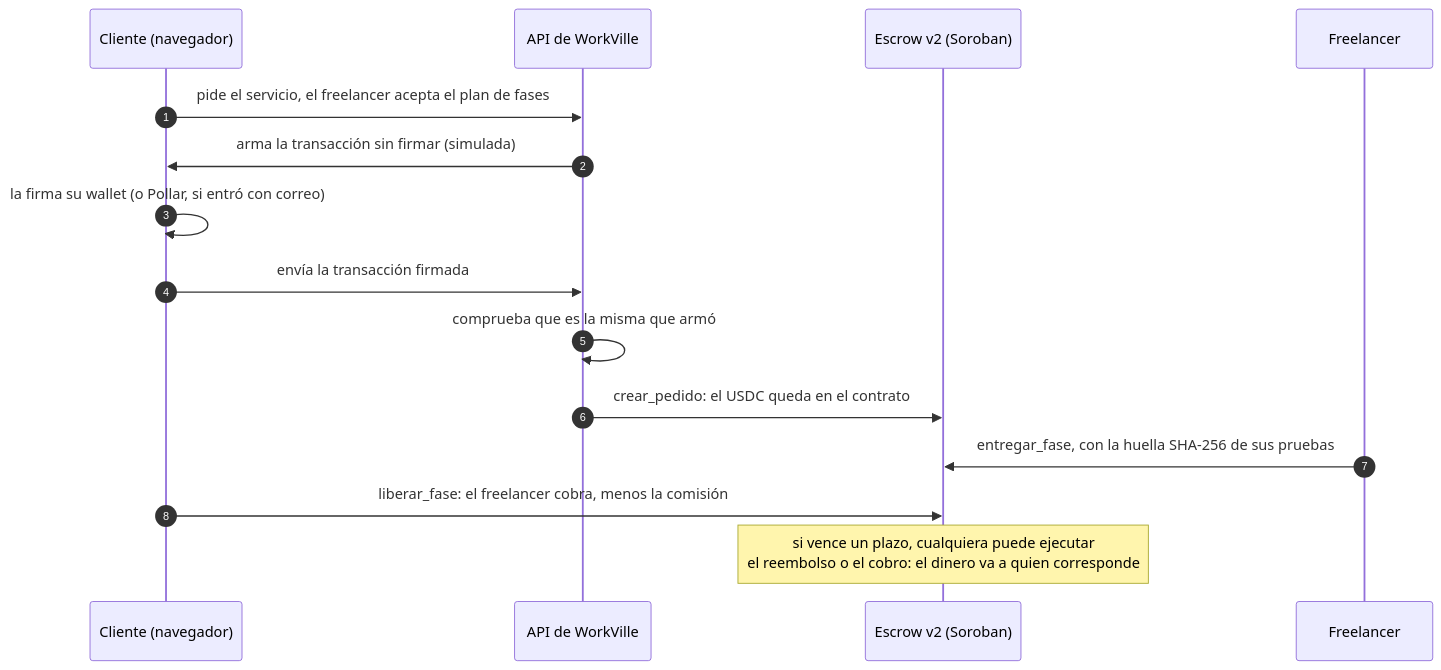
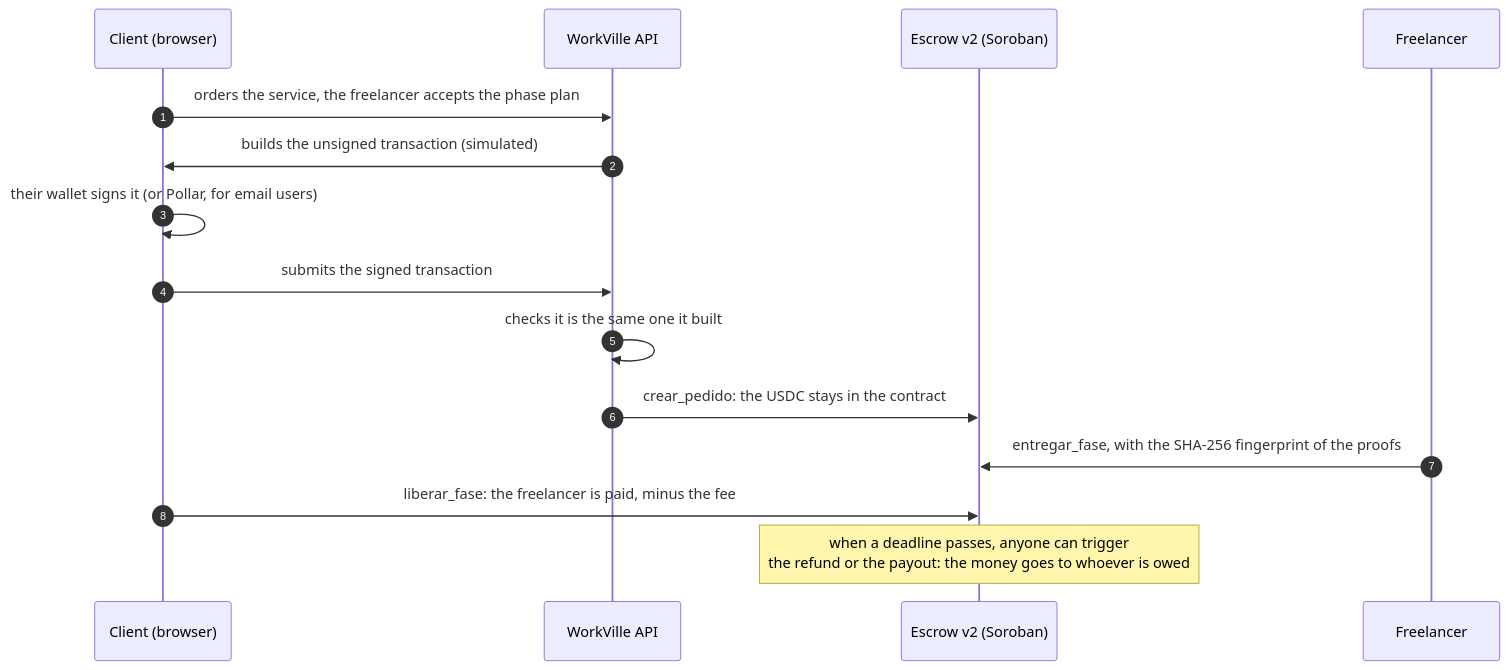
One commit to ozioziel/Workville changed the diagram in README.md. Above: the diagram before and after it, drawn with Mermaid. The commit also changed other lines of this file and 2 other files, not shown here.

````diff
--- a/README.md
+++ b/README.md
@@ -44,17 +44,17 @@
 ```mermaid
 sequenceDiagram
     autonumber
-    participant C as Cliente (navegador)
-    participant API as API de WorkVille
+    participant C as Client (browser)
+    participant API as WorkVille API
     participant E as Escrow v2 (Soroban)
     participant F as Freelancer
-    C->>API: pide el servicio, el freelancer acepta el plan de fases
-    API->>C: arma la transacción sin firmar (simulada)
-    C->>C: la firma su wallet (o Pollar, si entró con correo)
-    C->>API: envía la transacción firmada
-    API->>API: comprueba que es la misma que armó
-    API->>E: crear_pedido: el USDC queda en el contrato
-    F->>E: entregar_fase, con la huella SHA-256 de sus pruebas
-    C->>E: liberar_fase: el freelancer cobra, menos la comisión
-    Note over E: si vence un plazo, cualquiera puede ejecutar<br/>el reembolso o el cobro: el dinero va a quien corresponde
+    C->>API: orders the service, the freelancer accepts the phase plan
+    API->>C: builds the unsigned transaction (simulated)
+    C->>C: their wallet signs it (or Pollar, for email users)
+    C->>API: submits the signed transaction
+    API->>API: checks it is the same one it built
+    API->>E: crear_pedido: the USDC stays in the contract
+    F->>E: entregar_fase, with the SHA-256 fingerprint of the proofs
+    C->>E: liberar_fase: the freelancer is paid, minus the fee
+    Note over E: when a deadline passes, anyone can trigger<br/>the refund or the payout: the money goes to whoever is owed
 ```
````
